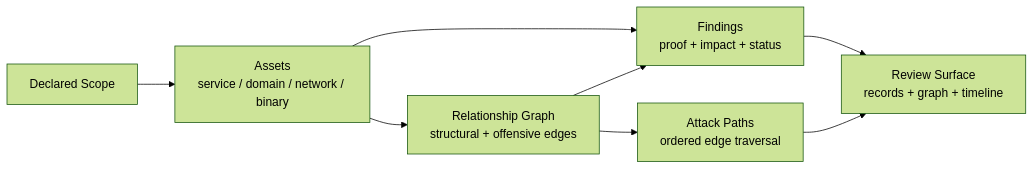
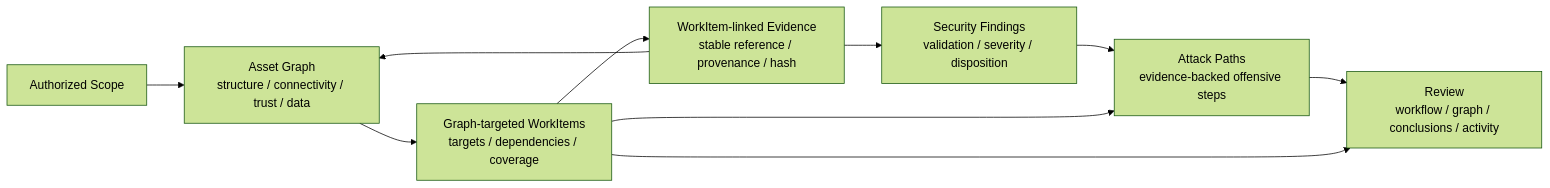
Before and after one commit to MolTau9527/Z3r0: the third of 4 diagrams in README.md, drawn with Mermaid (forest theme). The commit also changed other lines of this file and 113 other files, not shown here.

Commit message:
feat: Add graph-driven WorkProject orchestration and evidence-backed red team workflows

````diff
--- a/README.md
+++ b/README.md
@@ -146,17 +152,16 @@
 ```mermaid
 flowchart LR
-  Scope["Declared Scope"]
-  Assets["Assets<br/>service / domain / network / binary"]
-  Edges["Relationship Graph<br/>structural + offensive edges"]
-  Findings["Findings<br/>proof + impact + status"]
-  Paths["Attack Paths<br/>ordered edge traversal"]
-  Review["Review Surface<br/>records + graph + timeline"]
+  Scope["Authorized Scope"]
+  GraphData["Asset Graph<br/>structure / connectivity / trust / data"]
+  Work["Graph-targeted WorkItems<br/>targets / dependencies / coverage"]
+  Evidence["WorkItem-linked Evidence<br/>stable reference / provenance / hash"]
+  Findings["Security Findings<br/>validation / severity / disposition"]
+  Paths["Attack Paths<br/>evidence-backed offensive steps"]
+  Review["Review<br/>workflow / graph / conclusions / activity"]
 
-  Scope --> Assets
-  Assets --> Edges
-  Assets --> Findings
-  Edges --> Findings
-  Edges --> Paths
-  Findings --> Review
-  Paths --> Review
+  Scope --> GraphData --> Work --> Evidence
+  Evidence --> GraphData
+  Evidence --> Findings --> Paths --> Review
+  Work --> Paths
+  Work --> Review
 ```
````
